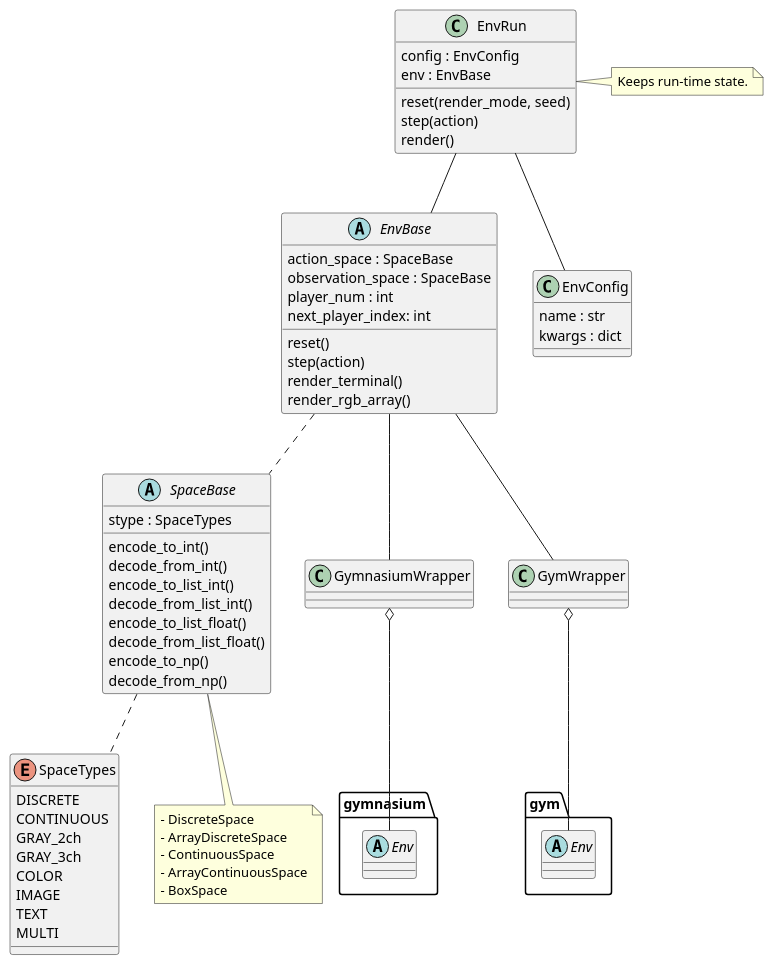
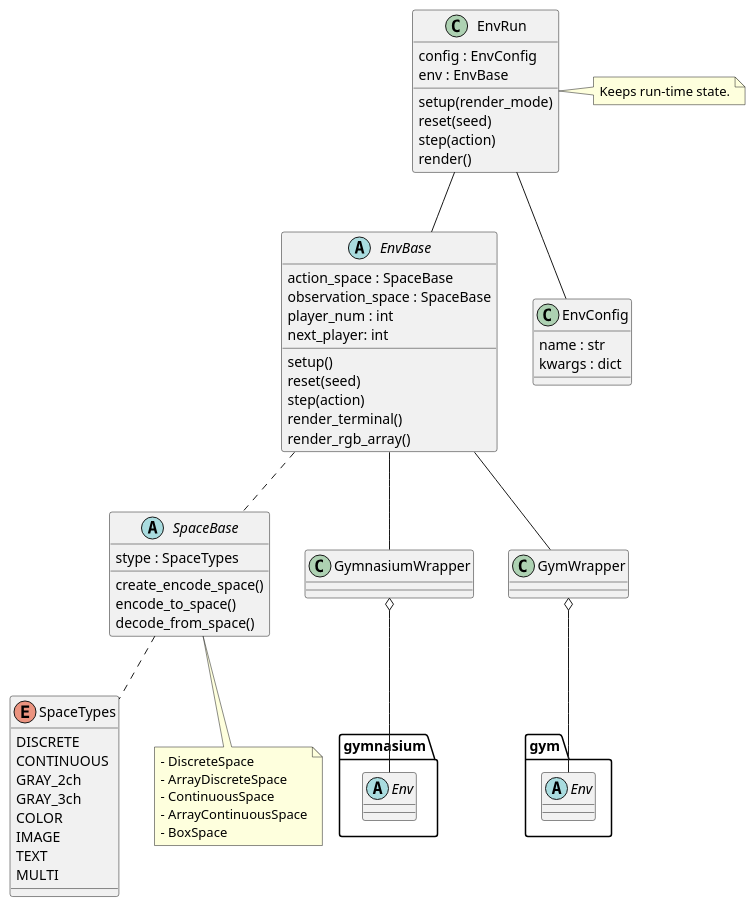
The diagram in diagrams/class_env.pu (pocokhc/simple_distributed_rl), drawn with PlantUML before and after one commit. The commit also changed 6 other files, not shown here.

Commit message:
[diagrams] update

```diff
--- a/diagrams/class_env.pu
+++ b/diagrams/class_env.pu
@@ -1,80 +1,76 @@
 @startuml class_env
 
 enum SpaceTypes {
     DISCRETE
     CONTINUOUS
     GRAY_2ch
     GRAY_3ch
     COLOR
     IMAGE
     TEXT
     MULTI
 }
 
 abstract SpaceBase {
     stype : SpaceTypes
-    encode_to_int()
-    decode_from_int()
-    encode_to_list_int()
-    decode_from_list_int()
-    encode_to_list_float()
-    decode_from_list_float()
-    encode_to_np()
-    decode_from_np()
+    create_encode_space()
+    encode_to_space()
+    decode_from_space()
 }
 note as SpaceMemo
 - DiscreteSpace
 - ArrayDiscreteSpace
 - ContinuousSpace
 - ArrayContinuousSpace
 - BoxSpace
 end note
 SpaceBase <|-- SpaceMemo
 
 SpaceBase .. SpaceTypes
 
 abstract EnvBase {
     action_space : SpaceBase
     observation_space : SpaceBase
     player_num : int
-    next_player_index: int
-    reset()
+    next_player: int
+    setup()
+    reset(seed)
     step(action)
     render_terminal()
     render_rgb_array()
 } 
 
 EnvBase .. SpaceBase
 
 abstract gymnasium.Env {}
 abstract gym.Env {}
 class GymnasiumWrapper {}
 class GymWrapper {}
 
 GymnasiumWrapper o-- gymnasium.Env
 GymWrapper o-- gym.Env
 EnvBase -- GymnasiumWrapper
 EnvBase -- GymWrapper
 
-
 class EnvRun {
     config : EnvConfig
     env : EnvBase
-    reset(render_mode, seed)
+    setup(render_mode)
+    reset(seed)
     step(action)
     render()
 }
 EnvRun -- EnvBase
 
 note "Keeps run-time state." as EnvRunMemo
 EnvRun . EnvRunMemo
 
 
 class EnvConfig {
     name : str
     kwargs : dict
 }
 EnvRun -- EnvConfig
 
 
 @enduml
```
